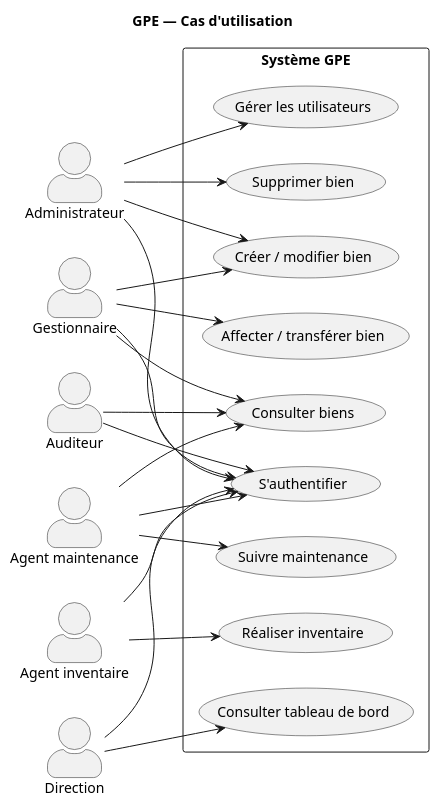
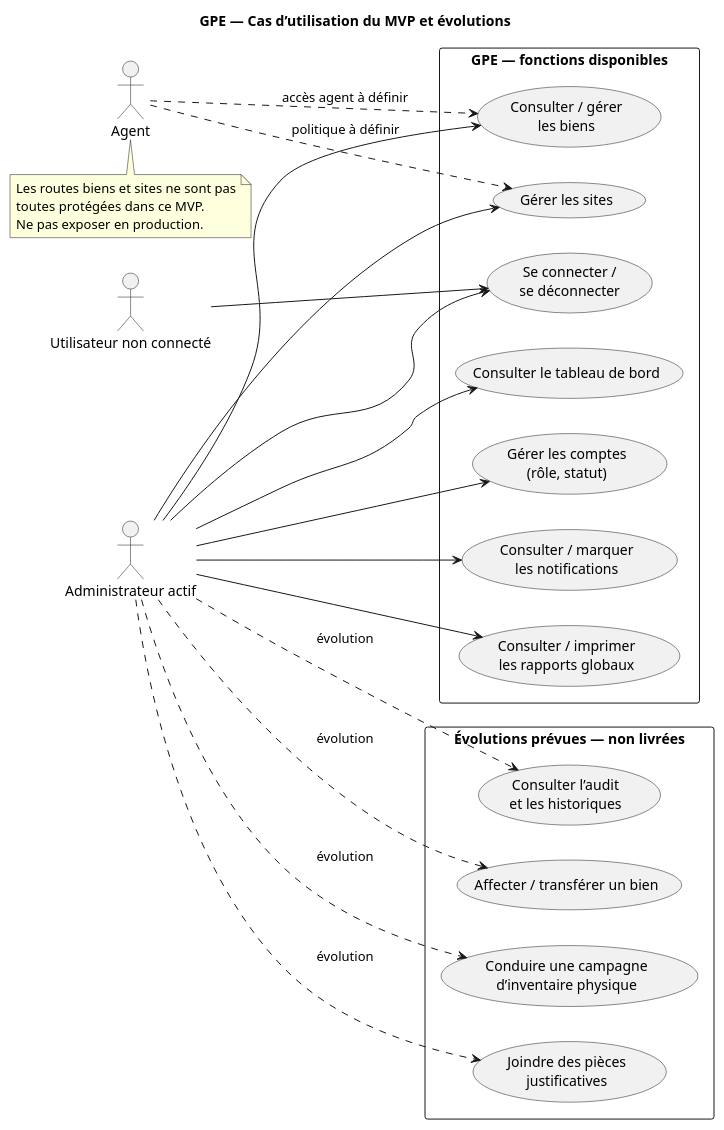
One commit to goliamelerolande-lab/gestion-patrimoine-etat changed the diagram in docs/uml/01-cas-utilisation.puml. Above: the diagram before and after it, drawn with PlantUML. The commit also changed 14 other files, not shown here.

```diff
--- a/docs/uml/01-cas-utilisation.puml
+++ b/docs/uml/01-cas-utilisation.puml
@@ -1,42 +1,47 @@
 @startuml
-skinparam actorStyle awesome
 left to right direction
-title GPE — Cas d'utilisation
+skinparam packageStyle rectangle
+title GPE — Cas d’utilisation du MVP et évolutions
 
-actor "Administrateur" as ADMIN
-actor "Gestionnaire" as GEST
-actor "Agent maintenance" as MAINT
-actor "Agent inventaire" as INV
-actor "Direction" as DIR
-actor "Auditeur" as AUD
+actor "Administrateur actif" as ADMIN
+actor "Agent" as AGENT
+actor "Utilisateur non connecté" as VISITOR
 
-rectangle "Système GPE" {
-  usecase "S'authentifier" as UC_AUTH
-  usecase "Gérer les utilisateurs" as UC_USERS
-  usecase "Consulter biens" as UC_VIEW
-  usecase "Créer / modifier bien" as UC_CRUD
-  usecase "Supprimer bien" as UC_DEL
-  usecase "Affecter / transférer bien" as UC_AFFECT
-  usecase "Suivre maintenance" as UC_MAINT
-  usecase "Réaliser inventaire" as UC_INV
-  usecase "Consulter tableau de bord" as UC_DASH
+rectangle "GPE — fonctions disponibles" {
+  usecase "Se connecter /\nse déconnecter" as AUTH
+  usecase "Consulter le tableau de bord" as DASH
+  usecase "Consulter / gérer\nles biens" as ASSET
+  usecase "Gérer les sites" as SITE
+  usecase "Gérer les comptes\n(rôle, statut)" as USERS
+  usecase "Consulter / marquer\nles notifications" as NOTIF
+  usecase "Consulter / imprimer\nles rapports globaux" as REPORT
 }
 
-ADMIN --> UC_AUTH
-ADMIN --> UC_USERS
-ADMIN --> UC_CRUD
-ADMIN --> UC_DEL
-GEST --> UC_AUTH
-GEST --> UC_VIEW
-GEST --> UC_CRUD
-GEST --> UC_AFFECT
-MAINT --> UC_AUTH
-MAINT --> UC_VIEW
-MAINT --> UC_MAINT
-INV --> UC_AUTH
-INV --> UC_INV
-DIR --> UC_AUTH
-DIR --> UC_DASH
-AUD --> UC_AUTH
-AUD --> UC_VIEW
+rectangle "Évolutions prévues — non livrées" {
+  usecase "Affecter / transférer un bien" as ASSIGN
+  usecase "Conduire une campagne\nd’inventaire physique" as INVENTORY
+  usecase "Joindre des pièces\njustificatives" as DOCS
+  usecase "Consulter l’audit\net les historiques" as AUDIT
+}
+
+VISITOR --> AUTH
+ADMIN --> AUTH
+ADMIN --> DASH
+ADMIN --> ASSET
+ADMIN --> SITE
+ADMIN --> USERS
+ADMIN --> NOTIF
+ADMIN --> REPORT
+AGENT ..> ASSET : accès agent à définir
+AGENT ..> SITE : politique à définir
+
+ADMIN ..> ASSIGN : évolution
+ADMIN ..> INVENTORY : évolution
+ADMIN ..> DOCS : évolution
+ADMIN ..> AUDIT : évolution
+note bottom of AGENT
+Les routes biens et sites ne sont pas
+toutes protégées dans ce MVP.
+Ne pas exposer en production.
+end note
 @enduml
```
